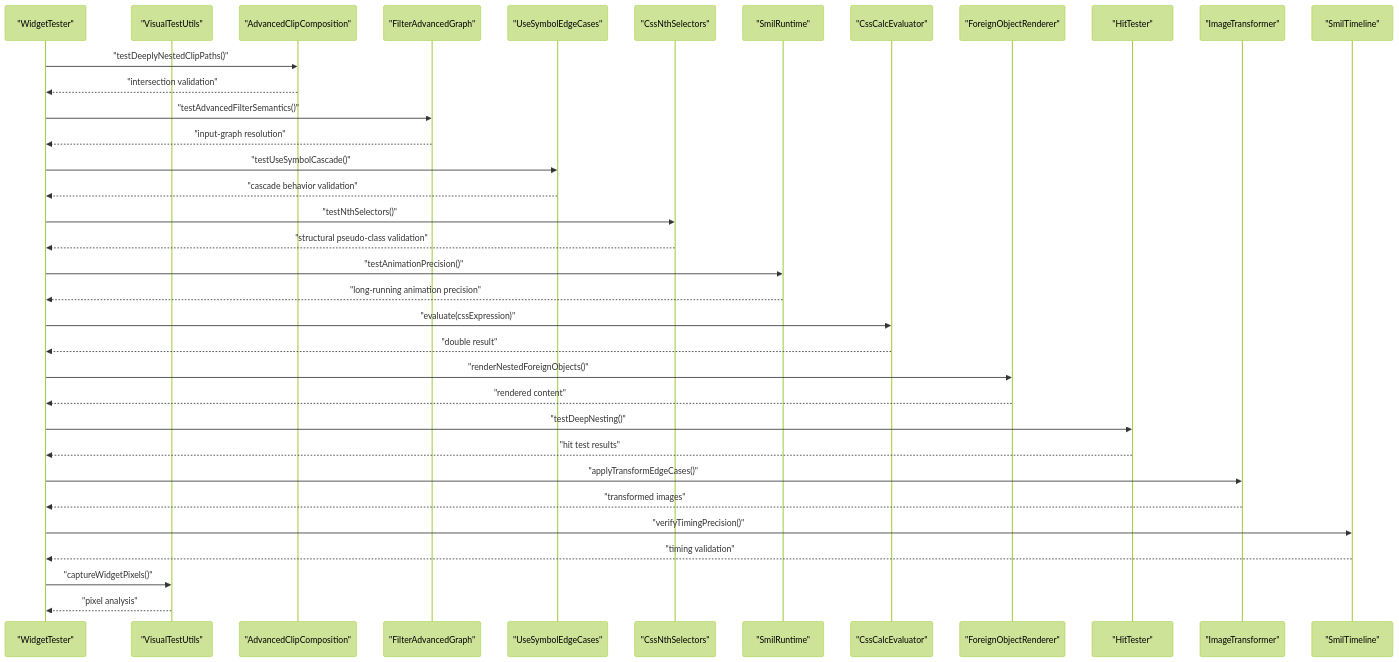
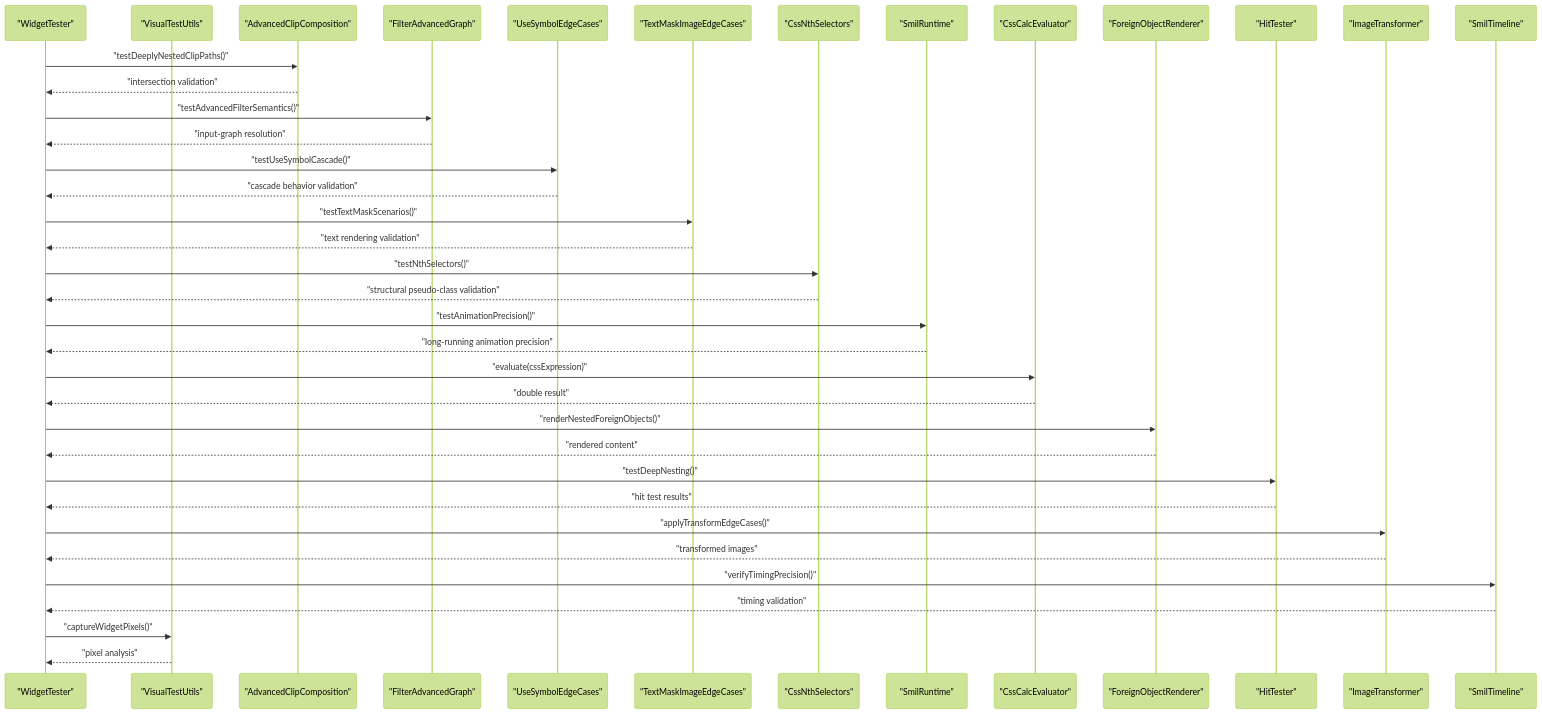
One commit to denisnadey/flutter_full_svg_support changed the second of 22 diagrams in .qoder/repowiki/en/content/Testing Suite Updates.md. Above: the diagram before and after it, drawn with Mermaid (forest theme). The commit also changed other lines of this file and 65 other files, not shown here.

````diff
--- a/.qoder/repowiki/en/content/Testing Suite Updates.md
+++ b/.qoder/repowiki/en/content/Testing Suite Updates.md
@@ -283,37 +294,40 @@
 ```mermaid
 sequenceDiagram
 participant T as "WidgetTester"
 participant U as "VisualTestUtils"
 participant ACC as "AdvancedClipComposition"
 participant FAG as "FilterAdvancedGraph"
 participant USE as "UseSymbolEdgeCases"
+participant TMIE as "TextMaskImageEdgeCases"
 participant CNST as "CssNthSelectors"
 participant SART as "SmilRuntime"
 participant CE as "CssCalcEvaluator"
 participant FO as "ForeignObjectRenderer"
 participant HT as "HitTester"
 participant IT as "ImageTransformer"
 participant ST as "SmilTimeline"
 T->>ACC : "testDeeplyNestedClipPaths()"
 ACC-->>T : "intersection validation"
 T->>FAG : "testAdvancedFilterSemantics()"
 FAG-->>T : "input-graph resolution"
 T->>USE : "testUseSymbolCascade()"
 USE-->>T : "cascade behavior validation"
+T->>TMIE : "testTextMaskScenarios()"
+TMIE-->>T : "text rendering validation"
 T->>CNST : "testNthSelectors()"
 CNST-->>T : "structural pseudo-class validation"
 T->>SART : "testAnimationPrecision()"
 SART-->>T : "long-running animation precision"
 T->>CE : "evaluate(cssExpression)"
 CE-->>T : "double result"
 T->>FO : "renderNestedForeignObjects()"
 FO-->>T : "rendered content"
 T->>HT : "testDeepNesting()"
 HT-->>T : "hit test results"
 T->>IT : "applyTransformEdgeCases()"
 IT-->>T : "transformed images"
 T->>ST : "verifyTimingPrecision()"
 ST-->>T : "timing validation"
 T->>U : "captureWidgetPixels()"
 U-->>T : "pixel analysis"
 ```
````
